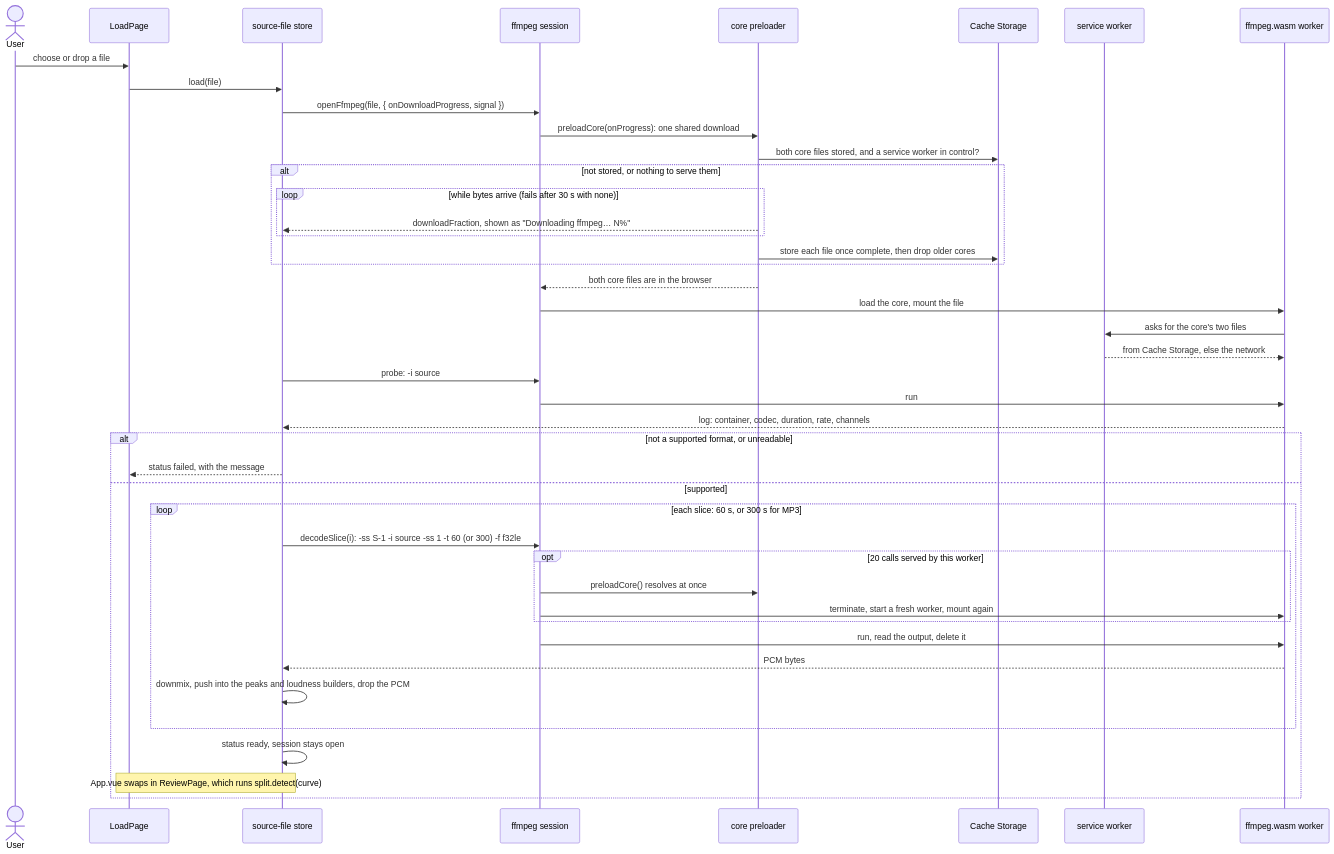
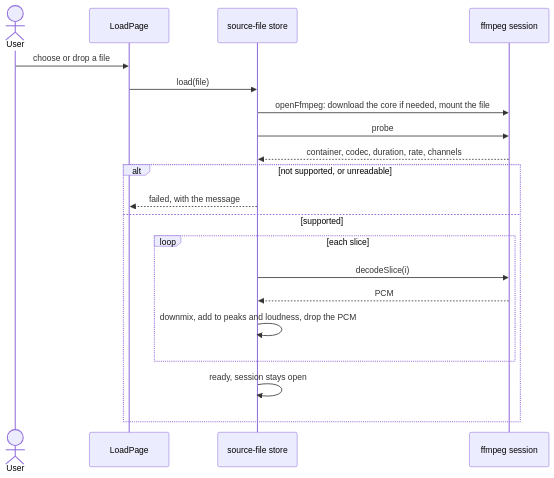
Before and after one commit to suleymanyaryev/audio-splitter: the third of 9 diagrams in docs/architecture.md, drawn with Mermaid. The commit also changed other lines of this file and 11 other files, not shown here.

First line of the commit message:
docs: trim the agent docs, README and architecture to what holds now

````diff
--- a/docs/architecture.md
+++ b/docs/architecture.md
@@ -77,46 +105,23 @@
 ```mermaid
 sequenceDiagram
   actor User
   participant page as LoadPage
   participant store as source-file store
   participant session as ffmpeg session
-  participant preloader as core preloader
-  participant cache as Cache Storage
-  participant sw as service worker
-  participant worker as ffmpeg.wasm worker
 
   User->>page: choose or drop a file
   page->>store: load(file)
-  store->>session: openFfmpeg(file, { onDownloadProgress, signal })
-  session->>preloader: preloadCore(onProgress): one shared download
-  preloader->>cache: both core files stored, and a service worker in control?
-  alt not stored, or nothing to serve them
-    loop while bytes arrive (fails after 30 s with none)
-      preloader-->>store: downloadFraction, shown as "Downloading ffmpeg… N%"
+  store->>session: openFfmpeg: download the core if needed, mount the file
+  store->>session: probe
+  session-->>store: container, codec, duration, rate, channels
+  alt not supported, or unreadable
+    store-->>page: failed, with the message
+  else supported
+    loop each slice
+      store->>session: decodeSlice(i)
+      session-->>store: PCM
+      store->>store: downmix, add to peaks and loudness, drop the PCM
     end
-    preloader->>cache: store each file once complete, then drop older cores
-  end
-  preloader-->>session: both core files are in the browser
-  session->>worker: load the core, mount the file
-  worker->>sw: asks for the core's two files
-  sw-->>worker: from Cache Storage, else the network
-  store->>session: probe: -i source
-  session->>worker: run
-  worker-->>store: log: container, codec, duration, rate, channels
-  alt not a supported format, or unreadable
-    store-->>page: status failed, with the message
-  else supported
-    loop each slice: 60 s, or 300 s for MP3
-      store->>session: decodeSlice(i): -ss S-1 -i source -ss 1 -t 60 (or 300) -f f32le
-      opt 20 calls served by this worker
-        session->>preloader: preloadCore() resolves at once
-        session->>worker: terminate, start a fresh worker, mount again
-      end
-      session->>worker: run, read the output, delete it
-      worker-->>store: PCM bytes
-      store->>store: downmix, push into the peaks and loudness builders, drop the PCM
-    end
-    store->>store: status ready, session stays open
-    Note over page,store: App.vue swaps in ReviewPage, which runs split.detect(curve)
+    store->>store: ready, session stays open
   end
 ```
````
